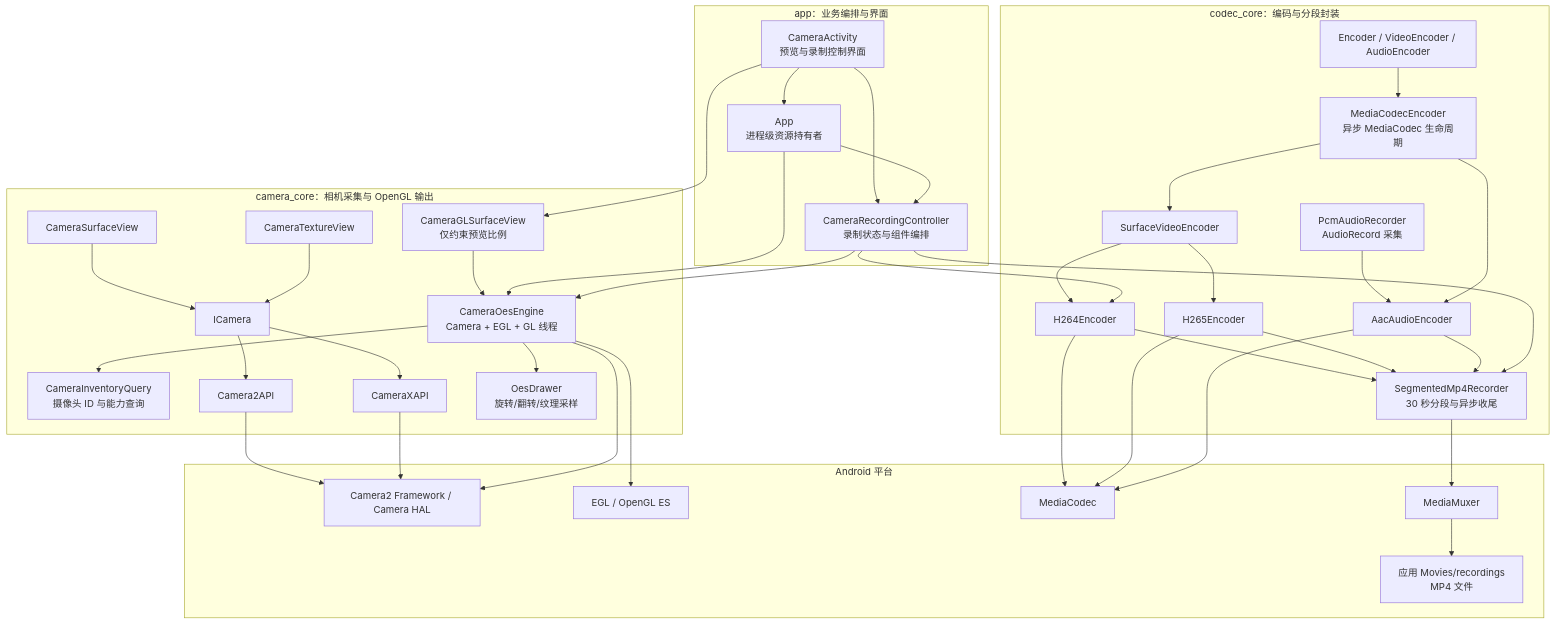
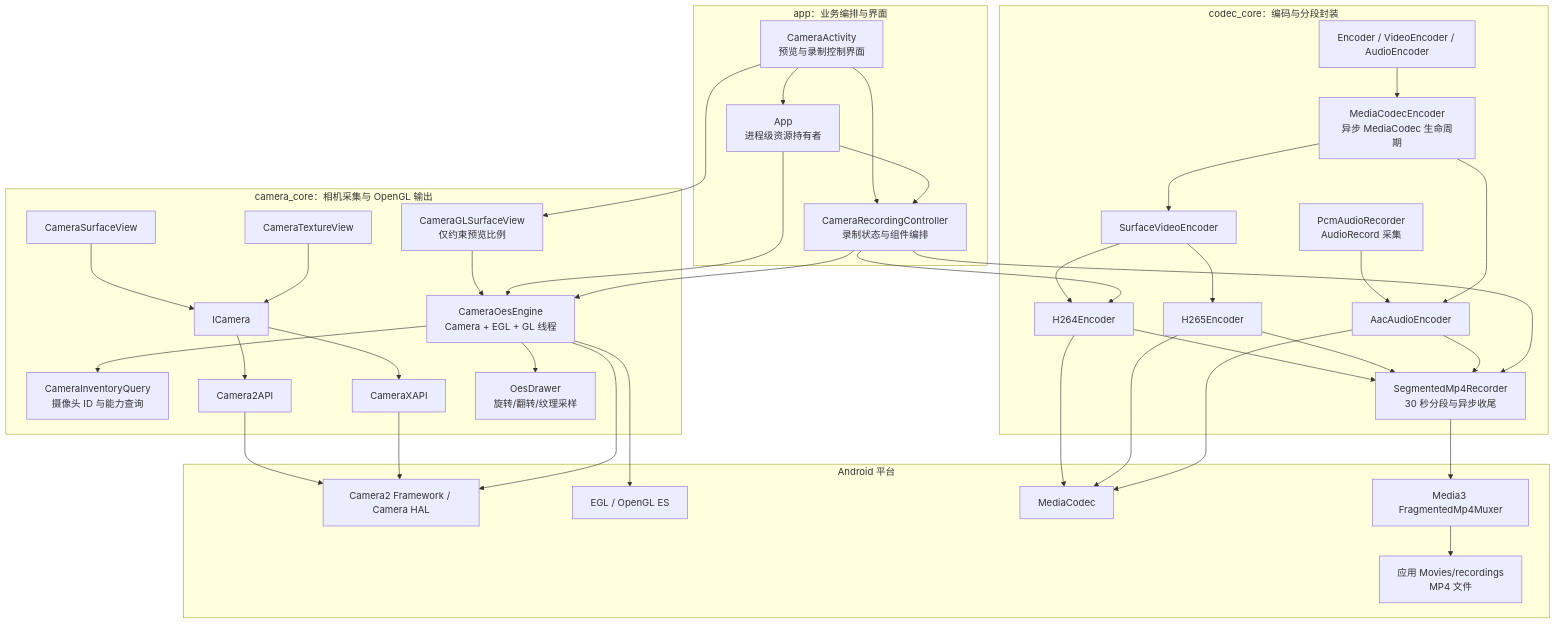
The first of 6 diagrams in docs/camera-codec-architecture.md (songzhixiang/BestScaffold), drawn with Mermaid before and after one commit. The commit also changed other lines of this file and 9 other files, not shown here.

````diff
--- a/docs/camera-codec-architecture.md
+++ b/docs/camera-codec-architecture.md
@@ -9,75 +9,75 @@
 ```mermaid
 flowchart TB
     subgraph APP["app：业务编排与界面"]
         Activity["CameraActivity<br/>预览与录制控制界面"]
         Application["App<br/>进程级资源持有者"]
         Controller["CameraRecordingController<br/>录制状态与组件编排"]
         Activity --> Application
         Activity --> Controller
         Application --> Controller
     end
 
     subgraph CAMERA["camera_core：相机采集与 OpenGL 输出"]
         Inventory["CameraInventoryQuery<br/>摄像头 ID 与能力查询"]
         ICamera["ICamera"]
         Camera2["Camera2API"]
         CameraX["CameraXAPI"]
         SurfaceView["CameraSurfaceView"]
         TextureView["CameraTextureView"]
         GLView["CameraGLSurfaceView<br/>仅约束预览比例"]
         OesEngine["CameraOesEngine<br/>Camera + EGL + GL 线程"]
         Drawer["OesDrawer<br/>旋转/翻转/纹理采样"]
 
         ICamera --> Camera2
         ICamera --> CameraX
         SurfaceView --> ICamera
         TextureView --> ICamera
         OesEngine --> Inventory
         OesEngine --> Drawer
         GLView --> OesEngine
     end
 
     subgraph CODEC["codec_core：编码与分段封装"]
         Encoder["Encoder / VideoEncoder / AudioEncoder"]
         Base["MediaCodecEncoder<br/>异步 MediaCodec 生命周期"]
         SurfaceEncoder["SurfaceVideoEncoder"]
         H264["H264Encoder"]
         H265["H265Encoder"]
         PCM["PcmAudioRecorder<br/>AudioRecord 采集"]
         AAC["AacAudioEncoder"]
         Recorder["SegmentedMp4Recorder<br/>30 秒分段与异步收尾"]
 
         Encoder --> Base
         Base --> SurfaceEncoder
         SurfaceEncoder --> H264
         SurfaceEncoder --> H265
         PCM --> AAC
         Base --> AAC
         H264 --> Recorder
         H265 --> Recorder
         AAC --> Recorder
     end
 
     subgraph ANDROID["Android 平台"]
         CameraFramework["Camera2 Framework / Camera HAL"]
         EGL["EGL / OpenGL ES"]
         MediaCodec["MediaCodec"]
-        MediaMuxer["MediaMuxer"]
+        MediaMuxer["Media3 FragmentedMp4Muxer"]
         Storage["应用 Movies/recordings<br/>MP4 文件"]
     end
 
     Application --> OesEngine
     Activity --> GLView
     Controller --> OesEngine
     Controller --> H264
     Controller --> Recorder
     Camera2 --> CameraFramework
     CameraX --> CameraFramework
     OesEngine --> CameraFramework
     OesEngine --> EGL
     H264 --> MediaCodec
     H265 --> MediaCodec
     AAC --> MediaCodec
     Recorder --> MediaMuxer
     MediaMuxer --> Storage
 ```
````
